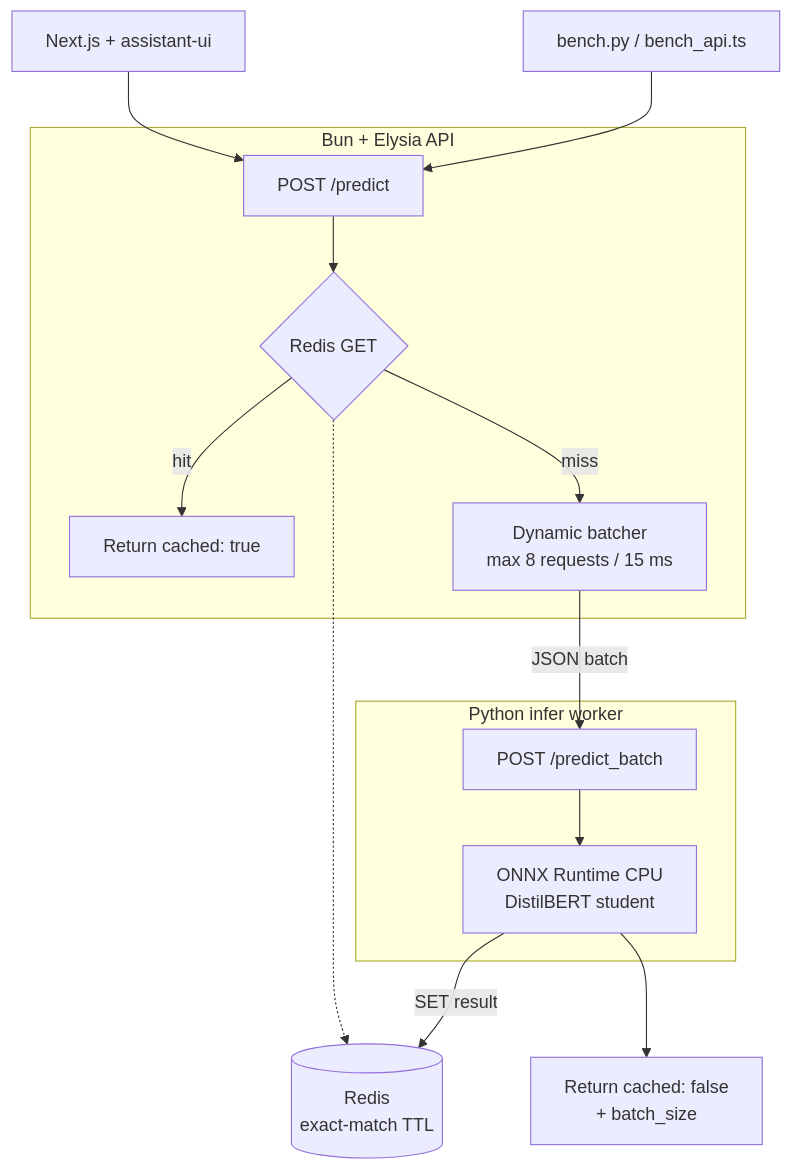
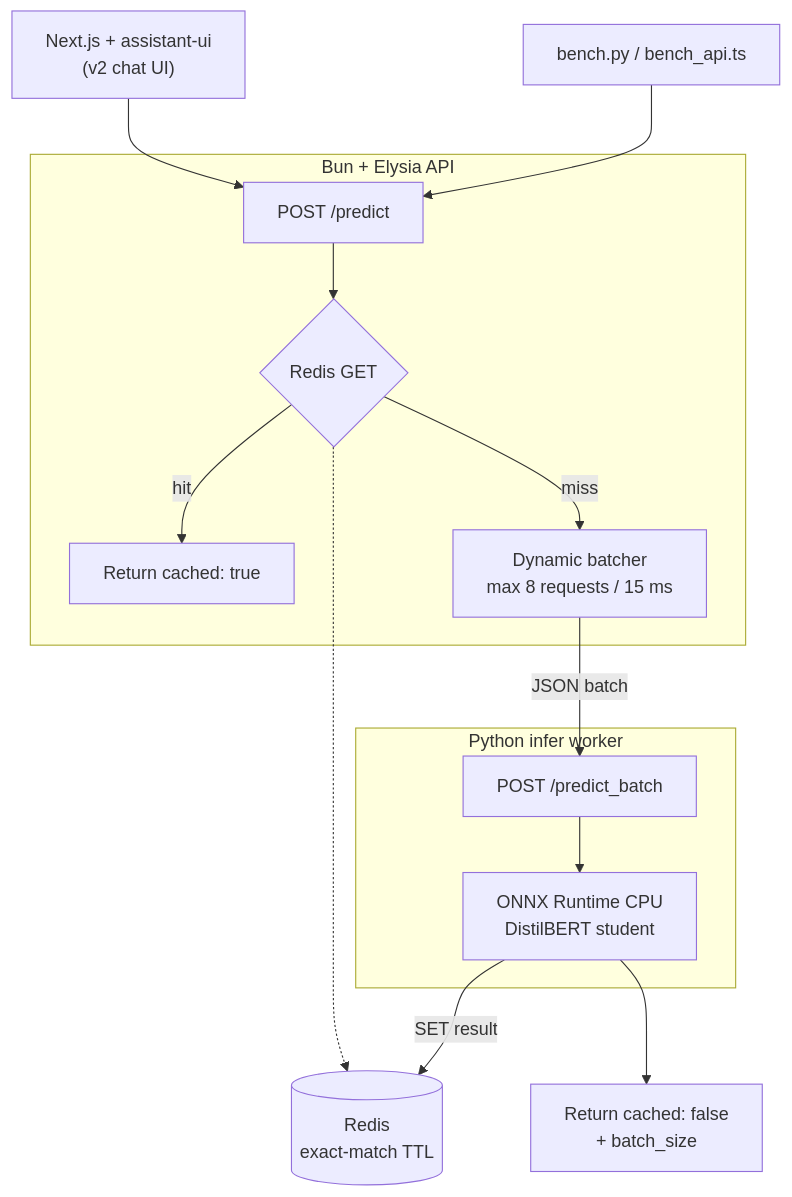
One commit to RNinee/sys304 changed the diagram in milestone/3/report/REPORT.md. Above: the diagram before and after it, drawn with Mermaid. The commit also changed other lines of this file and 56 other files, not shown here.

````diff
--- a/milestone/3/report/REPORT.md
+++ b/milestone/3/report/REPORT.md
@@ -68,30 +68,30 @@
 ```mermaid
 flowchart TB
-  UI["Next.js + assistant-ui"]
+  UI["Next.js + assistant-ui\n(v2 chat UI)"]
   Bench["bench.py / bench_api.ts"]
 
   subgraph api ["Bun + Elysia API"]
     Predict["POST /predict"]
     Cache{"Redis GET"}
     Hit["Return cached: true"]
     Batcher["Dynamic batcher\nmax 8 requests / 15 ms"]
     Predict --> Cache
     Cache -->|"hit"| Hit
     Cache -->|"miss"| Batcher
   end
 
   Redis[("Redis\nexact-match TTL")]
   Cache -.-> Redis
 
   subgraph worker ["Python infer worker"]
     BatchEP["POST /predict_batch"]
     Model["ONNX Runtime CPU\nDistilBERT student"]
     BatchEP --> Model
   end
 
   UI --> Predict
   Bench --> Predict
   Batcher -->|"JSON batch"| BatchEP
   Model -->|"SET result"| Redis
   Model --> Miss["Return cached: false\n+ batch_size"]
 ```
````
